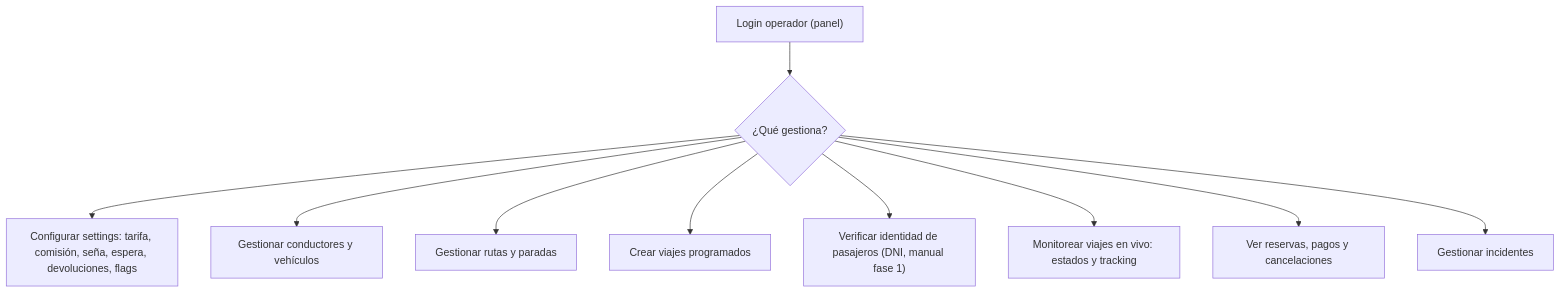
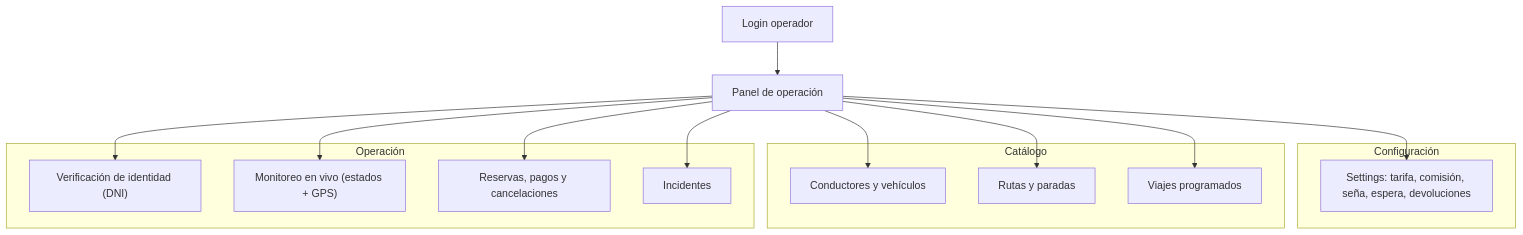
The fifth of 5 diagrams in docs/03-flujos-de-usuario.md (Estudio-Nomade/tubi), drawn with Mermaid before and after one commit.

Commit message:
docs: reestructuro flujo del operador en subcategorías

````diff
--- a/docs/03-flujos-de-usuario.md
+++ b/docs/03-flujos-de-usuario.md
@@ -107,12 +107,30 @@
 ```mermaid
 flowchart TD
-    A["Login operador (panel)"] --> B{"¿Qué gestiona?"}
-    B --> C["Configurar settings: tarifa, comisión, seña, espera, devoluciones, flags"]
-    B --> D["Gestionar conductores y vehículos"]
-    B --> E["Gestionar rutas y paradas"]
-    B --> F["Crear viajes programados"]
-    B --> G["Verificar identidad de pasajeros (DNI, manual fase 1)"]
-    B --> H["Monitorear viajes en vivo: estados y tracking"]
-    B --> I["Ver reservas, pagos y cancelaciones"]
-    B --> J["Gestionar incidentes"]
+    A["Login operador"] --> B["Panel de operación"]
+
+    subgraph Config["Configuración"]
+        C["Settings: tarifa, comisión, seña, espera, devoluciones"]
+    end
+
+    subgraph Catalogo["Catálogo"]
+        D["Conductores y vehículos"]
+        E["Rutas y paradas"]
+        F["Viajes programados"]
+    end
+
+    subgraph Operacion["Operación"]
+        G["Verificación de identidad (DNI)"]
+        H["Monitoreo en vivo (estados + GPS)"]
+        I["Reservas, pagos y cancelaciones"]
+        J["Incidentes"]
+    end
+
+    B --> C
+    B --> D
+    B --> E
+    B --> F
+    B --> G
+    B --> H
+    B --> I
+    B --> J
 ```
````
